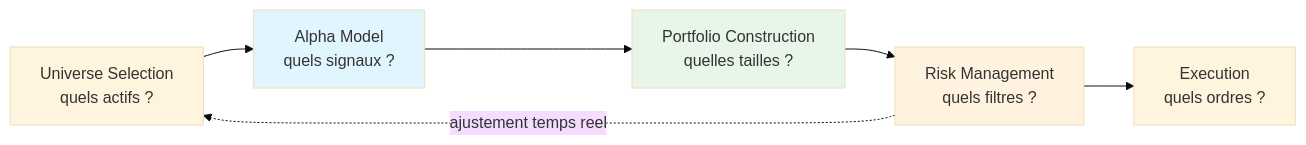
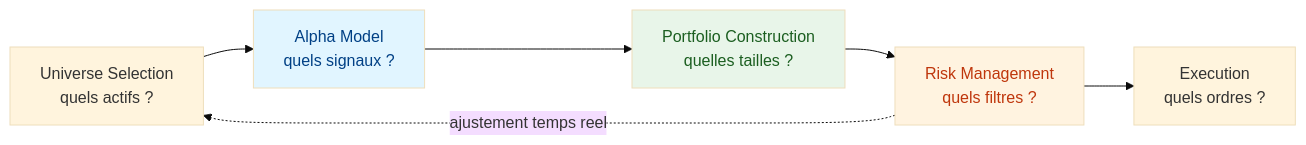
Before and after one commit to jsboige/CoursIA: the first of 3 diagrams in MyIA.AI.Notebooks/QuantConnect/README.md, drawn with Mermaid (base theme). The commit also changed other lines of this file and 1 other file, not shown here.

First line of the commit message:
fix(docs,#15516): color: explicite sur les regles mermaid fill: de la famille QuantConnect (2 READMEs, 17 regles)

````diff
--- a/MyIA.AI.Notebooks/QuantConnect/README.md
+++ b/MyIA.AI.Notebooks/QuantConnect/README.md
@@ -115,11 +115,12 @@
 ```mermaid
 flowchart LR
     U["Universe Selection<br/>quels actifs ?"] --> A["Alpha Model<br/>quels signaux ?"]
     A --> PC["Portfolio Construction<br/>quelles tailles ?"]
     PC --> RM["Risk Management<br/>quels filtres ?"]
     RM --> E["Execution<br/>quels ordres ?"]
     RM -. "ajustement temps reel" .-> U
-    style A fill:#e1f5ff
-    style PC fill:#e8f5e9
-    style RM fill:#fff3e0
+    %% color: explicite -- sans lui, libelle clair sur fond clair en mode sombre GitHub (#15022) ; ton parfois plus fonce que le stroke (le stroke en couleur de texte rendrait infer illisible) : ne pas harmoniser
+    style A fill:#e1f5ff,color:#004085
+    style PC fill:#e8f5e9,color:#1b5e20
+    style RM fill:#fff3e0,color:#bf360c
 ```
````
